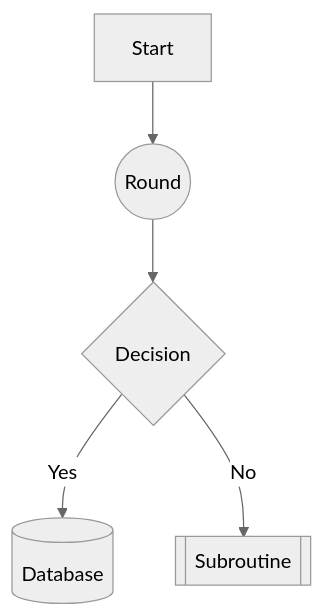
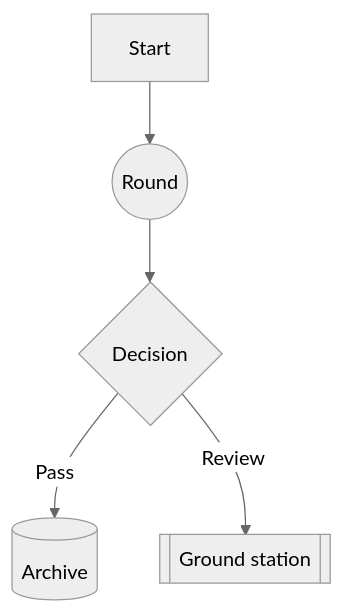
The second of 10 diagrams in examples/all.md (Desiment/opentui-markdown-render), drawn with Mermaid (neutral theme) before and after one commit. The commit also changed other lines of this file and 36 other files, not shown here.

````diff
--- a/examples/all.md
+++ b/examples/all.md
@@ -81,7 +88,7 @@
 ```mermaid
 flowchart TD
   A[Start] --> B((Round))
   B --> C{Decision}
-  C -->|Yes| D[(Database)]
-  C -->|No| E[[Subroutine]]
+  C -->|Pass| D[(Archive)]
+  C -->|Review| E[[Ground station]]
 ```
````
